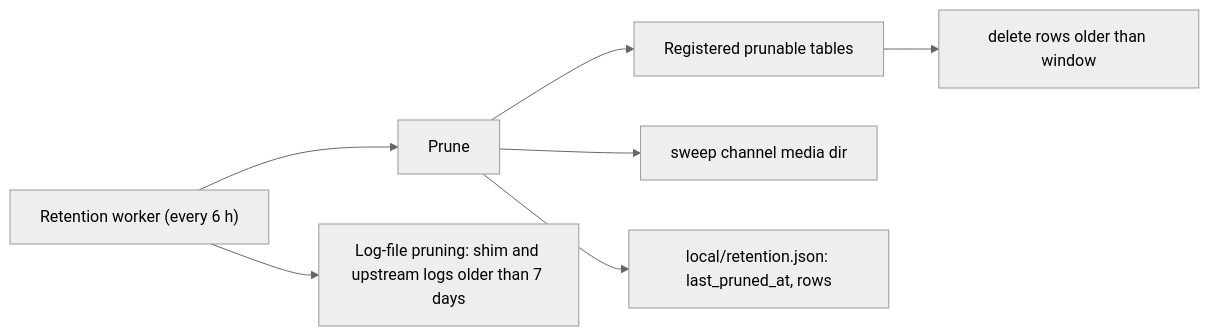
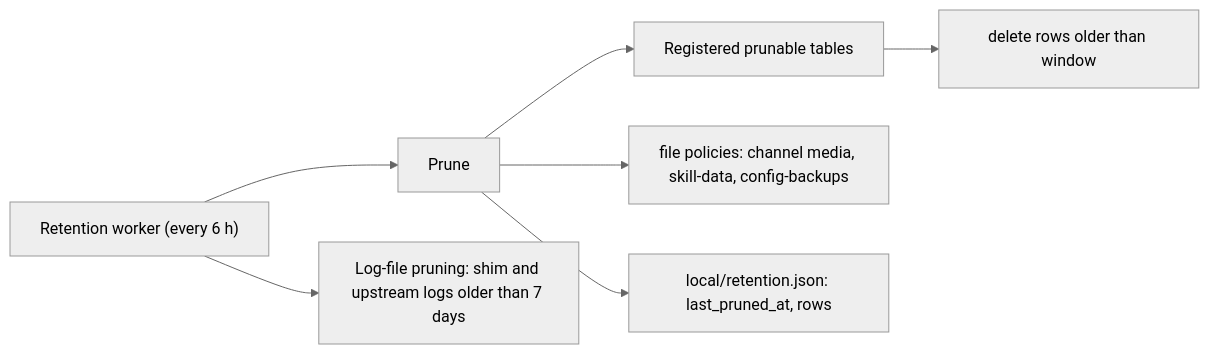
One commit to wyx-sg/Coffer changed the second of 3 diagrams in docs-site/architecture/observability.md. Above: the diagram before and after it, drawn with Mermaid (neutral theme). The commit also changed other lines of this file and 125 other files, not shown here.

````diff
--- a/docs-site/architecture/observability.md
+++ b/docs-site/architecture/observability.md
@@ -260,9 +271,9 @@
 ```mermaid
 flowchart LR
     W["Retention worker (every 6 h)"] --> S["Prune"]
     S --> R["Registered prunable tables"]
     R --> T1["delete rows older than window"]
-    S --> M["sweep channel media dir"]
+    S --> M["file policies: channel media, skill-data, config-backups"]
     W --> F["Log-file pruning: shim and upstream logs older than 7 days"]
     S --> P["local/retention.json: last_pruned_at, rows"]
 ```
````
